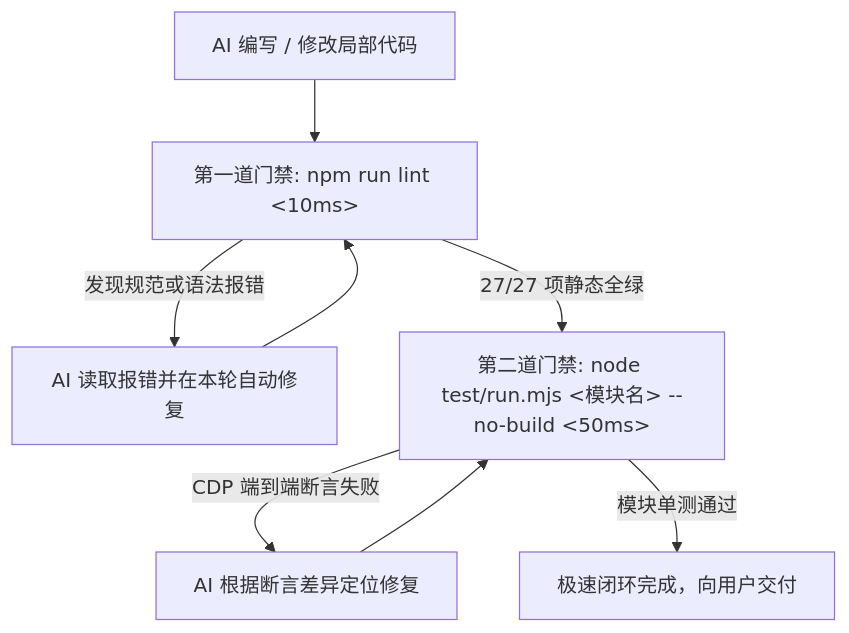
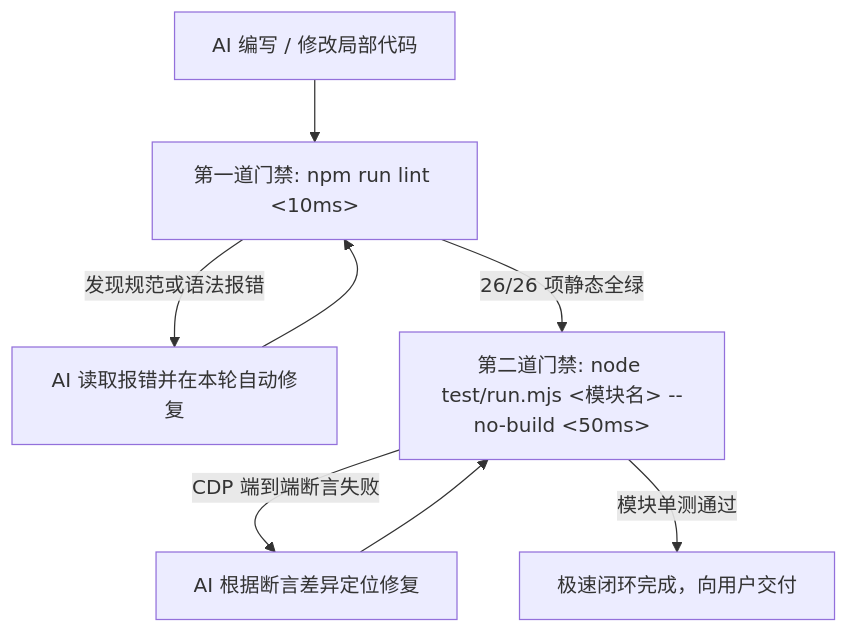
One commit to leosdcn/glass-start changed the diagram in AGENTS.md. Above: the diagram before and after it, drawn with Mermaid. The commit also changed other lines of this file and 11 other files, not shown here.

Commit message:
refactor: eliminate duplicate root index.html and adopt single modular src architecture

````diff
--- a/AGENTS.md
+++ b/AGENTS.md
@@ -78,10 +78,10 @@
 ```mermaid
 flowchart TD
     A[AI 编写 / 修改局部代码] --> B[第一道门禁: npm run lint <10ms>]
     B -- 发现规范或语法报错 --> C[AI 读取报错并在本轮自动修复]
     C --> B
-    B -- 27/27 项静态全绿 --> D[第二道门禁: node test/run.mjs <模块名> --no-build <50ms>]
+    B -- 26/26 项静态全绿 --> D[第二道门禁: node test/run.mjs <模块名> --no-build <50ms>]
     D -- CDP 端到端断言失败 --> E[AI 根据断言差异定位修复]
     E --> D
     D -- 模块单测通过 --> F[极速闭环完成，向用户交付]
 ```
````
